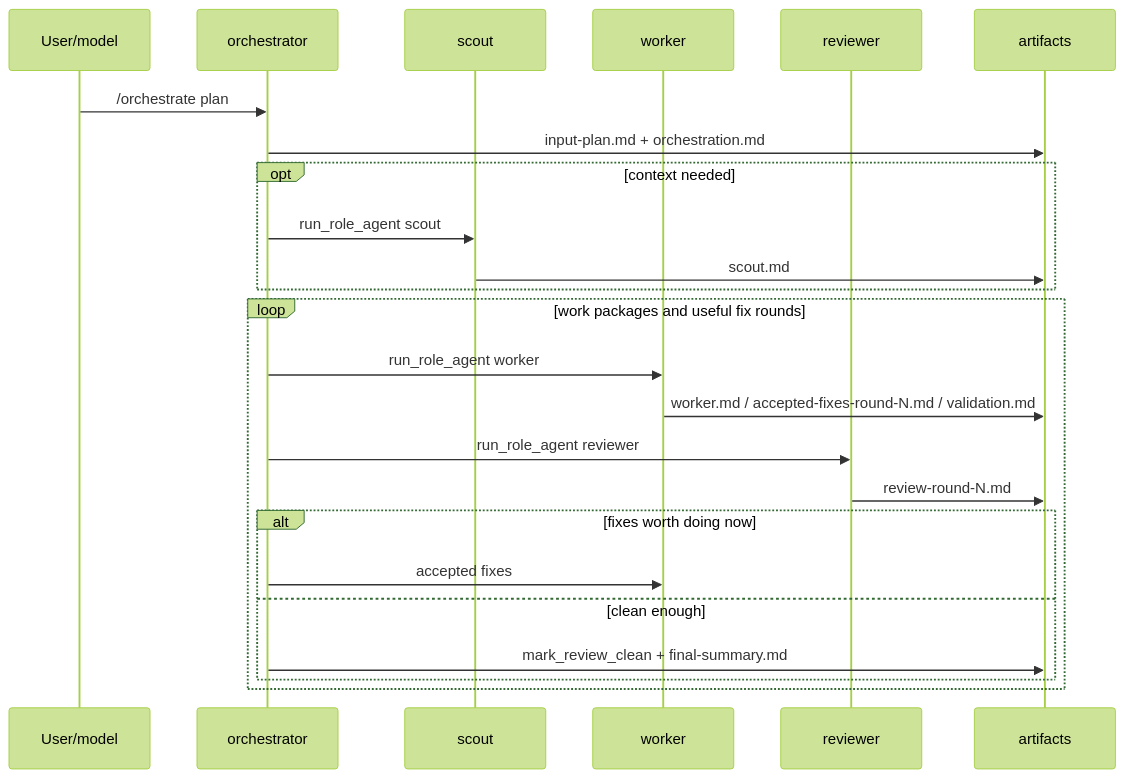
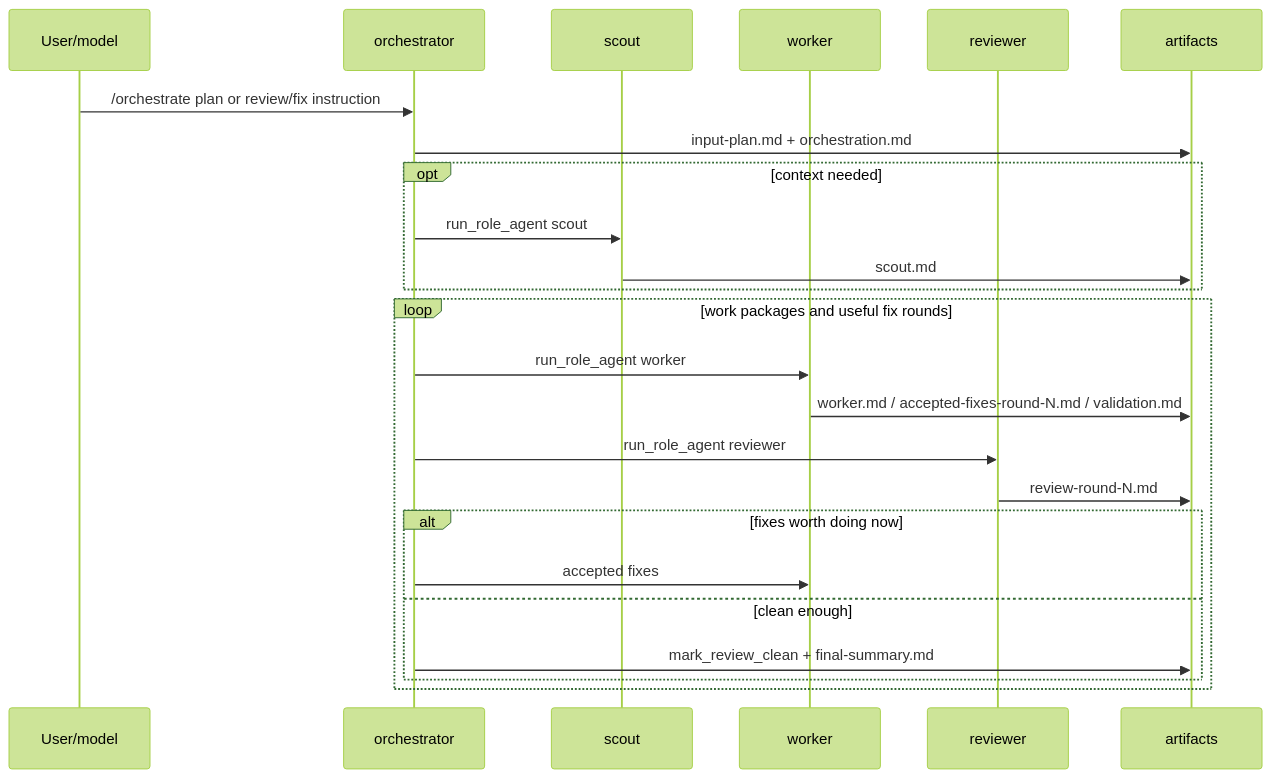
The third of 4 diagrams in README.md (SkipXS/pi-simple-subagents), drawn with Mermaid (forest theme) before and after one commit. The commit also changed other lines of this file and 7 other files, not shown here.

````diff
--- a/README.md
+++ b/README.md
@@ -168,29 +160,29 @@
 ```mermaid
 sequenceDiagram
   participant U as User/model
   participant O as orchestrator
   participant S as scout
   participant W as worker
   participant R as reviewer
   participant A as artifacts
 
-  U->>O: /orchestrate plan
+  U->>O: /orchestrate plan or review/fix instruction
   O->>A: input-plan.md + orchestration.md
 
   opt context needed
     O->>S: run_role_agent scout
     S->>A: scout.md
   end
 
   loop work packages and useful fix rounds
     O->>W: run_role_agent worker
     W->>A: worker.md / accepted-fixes-round-N.md / validation.md
     O->>R: run_role_agent reviewer
     R->>A: review-round-N.md
     alt fixes worth doing now
       O->>W: accepted fixes
     else clean enough
       O->>A: mark_review_clean + final-summary.md
     end
   end
 ```
````
